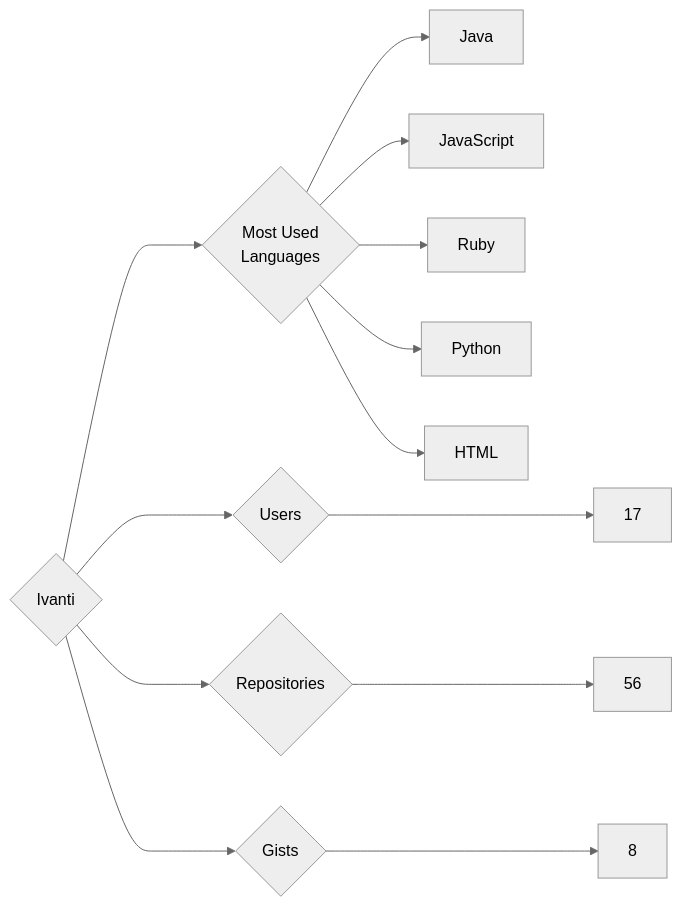
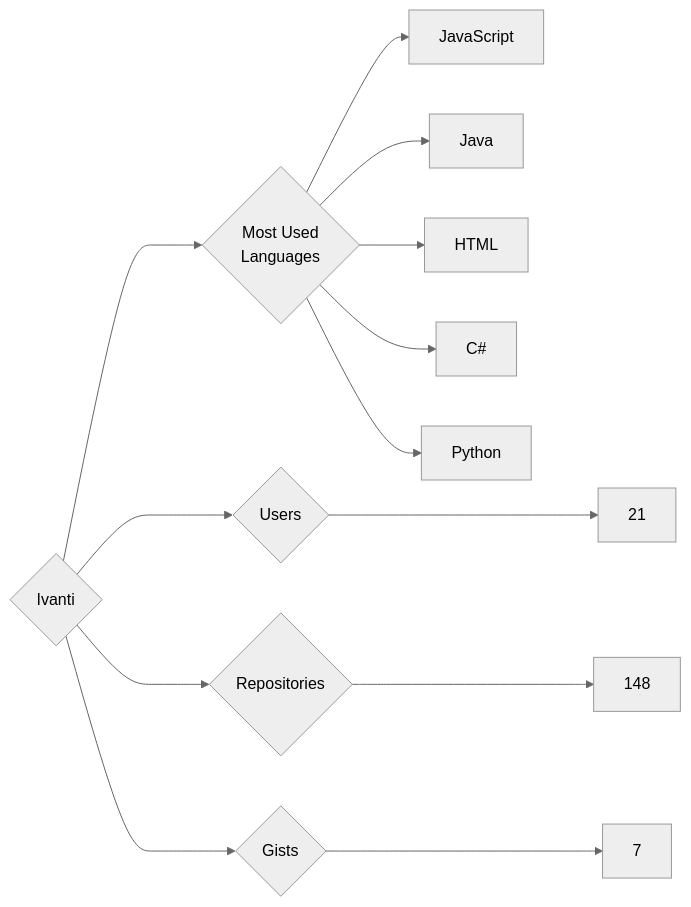
The diagram in targets/Ivanti/README.md (trickest/insiders), drawn with Mermaid (neutral theme) before and after one commit. The commit also changed 912 other files, not shown here.

````diff
--- a/targets/Ivanti/README.md
+++ b/targets/Ivanti/README.md
@@ -3,13 +3,13 @@
 ```mermaid
 graph LR
 COMPANY_NAME{Ivanti}
-COMPANY_NAME ---> U{Users} ---> UN[17]
-COMPANY_NAME ---> R{Repositories} ---> RN[56]
-COMPANY_NAME ---> G{Gists} ---> GN[8]
+COMPANY_NAME ---> U{Users} ---> UN[21]
+COMPANY_NAME ---> R{Repositories} ---> RN[148]
+COMPANY_NAME ---> G{Gists} ---> GN[7]
 COMPANY_NAME ---> ML{Most Used<br>Languages}
+ML --> JavaScript[JavaScript]
 ML --> Java[Java]
-ML --> JavaScript[JavaScript]
-ML --> Ruby[Ruby]
+ML --> HTML[HTML]
+ML --> C#[C#]
 ML --> Python[Python]
-ML --> HTML[HTML]
 ```
````
